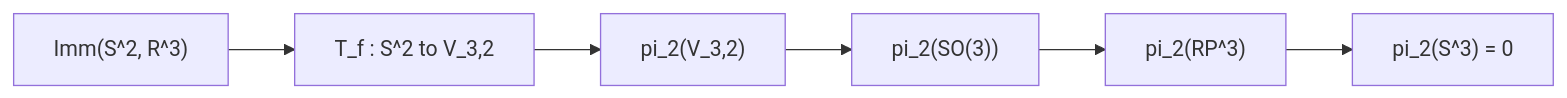
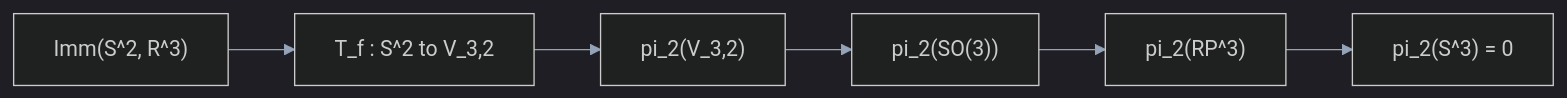
Before and after one commit to juleshenry/juleshenry.github.io: the diagram in _posts/2026-08-17-circling-the-sphere.md, drawn with Mermaid. The commit also changed other lines of this file, not shown here.

First line of the commit message:
Lighten mermaid labels on the immersion flowchart

````diff
--- a/_posts/2026-08-17-circling-the-sphere.md
+++ b/_posts/2026-08-17-circling-the-sphere.md
@@ -653,8 +661,9 @@
 ```mermaid
+%%{init: {"theme":"dark","themeVariables":{"primaryTextColor":"#e2e8f0","secondaryTextColor":"#e2e8f0","tertiaryTextColor":"#e2e8f0","lineColor":"#94a3b8","primaryColor":"#1e293b","primaryBorderColor":"#64748b","secondaryColor":"#334155","tertiaryColor":"#0f172a","fontFamily":"ui-monospace, SFMono-Regular, Menlo, monospace","fontSize":"16px"}}}%%
 flowchart LR
   Imm["Imm(S^2, R^3)"] --> Tf["T_f : S^2 to V_3,2"]
   Tf --> Pi["pi_2(V_3,2)"]
   Pi --> SO["pi_2(SO(3))"]
   SO --> RP["pi_2(RP^3)"]
   RP --> Z["pi_2(S^3) = 0"]
 ```
````
